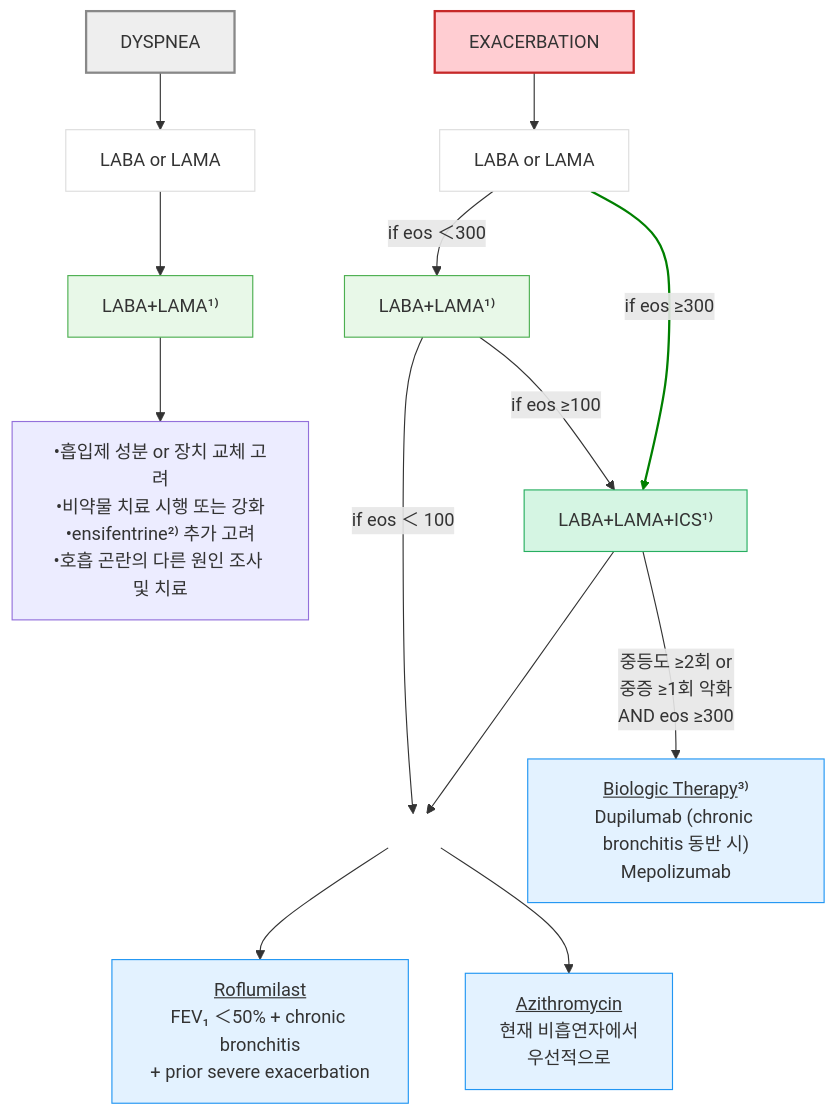
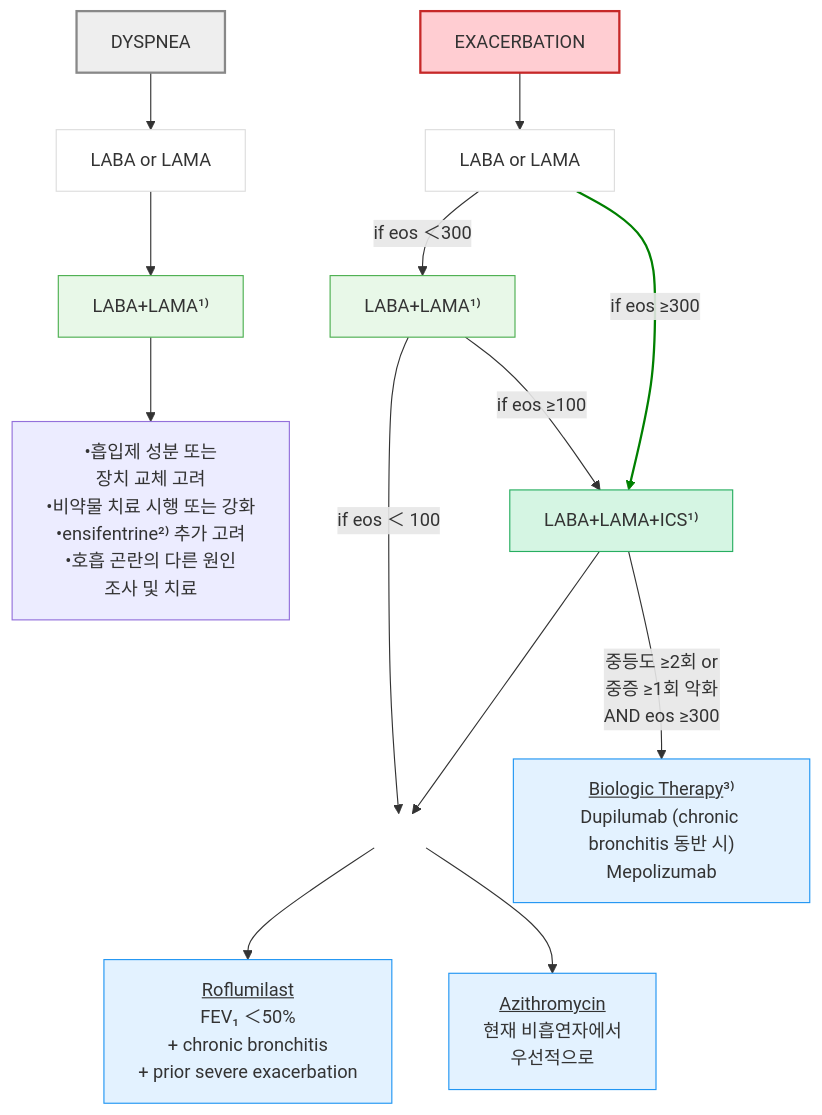
Before and after one commit to familyoh77/familyoh77: the first of 3 diagrams in 223_/072_-copd.md, drawn with Mermaid. The commit also changed other lines of this file, not shown here.

````diff
--- a/223_/072_-copd.md
+++ b/223_/072_-copd.md
@@ -435,35 +471,30 @@
 ```mermaid
 graph TD
 %% DYSPNEA pathway
 D0["DYSPNEA"] --> D1["LABA or LAMA"]
     D1 --> D2["LABA+LAMA¹⁾"]
-    D2 --> D3["•흡입제 성분 or 장치 교체 고려<br/>•비약물 치료 시행 또는 강화<br/>•ensifentrine²⁾ 추가 고려<br/>•호흡 곤란의 다른 원인 조사 및 치료"]
-
+    D2 --> D3["•흡입제 성분 또는 <br/>장치 교체 고려<br/>•비약물 치료 시행 또는 강화<br/>•ensifentrine²⁾ 추가 고려<br/>•호흡 곤란의 다른 원인 <br/>조사 및 치료"]
 %% EXACERBATION pathway (중등도 또는 중증 악화 ≥1회/년)
 E0["EXACERBATION"] --> E1["LABA or LAMA"]
-
     E2 -- "if eos ≥100" --> E3
     E1 -- "if eos ＜300" --> E2["LABA+LAMA¹⁾"]
     E1 -- "if eos ≥300" --> E3["LABA+LAMA+ICS¹⁾"]    
-
     
     E2 -- "if eos ＜ 100" --> E4[" "]
     E3 --> E4
     
-    E4 --> E5["<u>Roflumilast</u><br/>FEV₁ ＜50% + chronic bronchitis<br/>+ prior severe exacerbation"]
+    E4 --> E5["<u>Roflumilast</u><br/>FEV₁ ＜50% <br/>+ chronic bronchitis<br/>+ prior severe exacerbation"]
     E4 --> E6["<u>Azithromycin</u><br/>현재 비흡연자에서<br/>우선적으로"]
     E3 -- "중등도 ≥2회 or<br/>중증 ≥1회 악화<br/>AND eos ≥300"--> E7["<u>Biologic Therapy</u>³⁾<br/>Dupilumab (chronic bronchitis 동반 시)<br/>Mepolizumab"]
-
 style D0 fill:#eeeeee,stroke:#888888,stroke-width:2px
 style D1 fill:#fff,stroke:#ddd
 style D2 fill:#e8f8e8,stroke:#4caf50
 style E0 fill:#ffcdd2,stroke:#c62828,stroke-width:2px
 style E1 fill:#fff,stroke:#ddd
 style E2 fill:#e8f8e8,stroke:#4caf50
 style E3 fill:#d5f5e3,stroke:#27ae60
 style E4 fill:none,stroke:none
 classDef sky fill:#e3f2ff,stroke:#2196f3
 class E5,E6,E7 sky
-
 linkStyle 6 stroke:green,stroke-width:2px;
 ```
````
